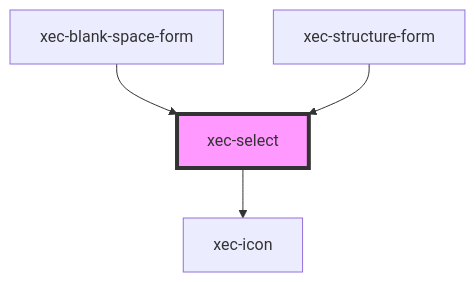
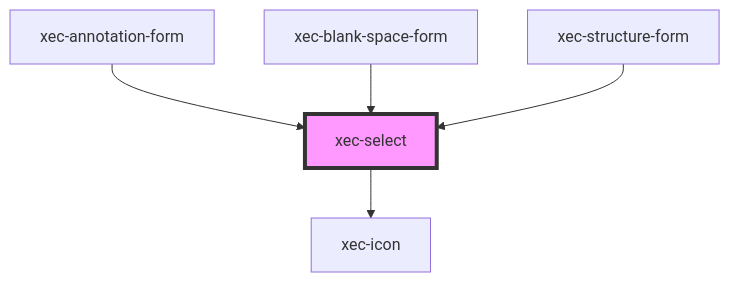
One commit to scribes-app/tei-component-suite changed the diagram in src/components/xec-select/readme.md. Above: the diagram before and after it, drawn with Mermaid. The commit also changed other lines of this file and 4 other files, not shown here.

````diff
--- a/src/components/xec-select/readme.md
+++ b/src/components/xec-select/readme.md
@@ -77,7 +78,8 @@
 ```mermaid
 graph TD;
   xec-select --> xec-icon
+  xec-annotation-form --> xec-select
   xec-blank-space-form --> xec-select
   xec-structure-form --> xec-select
   style xec-select fill:#f9f,stroke:#333,stroke-width:4px
 ```
````
